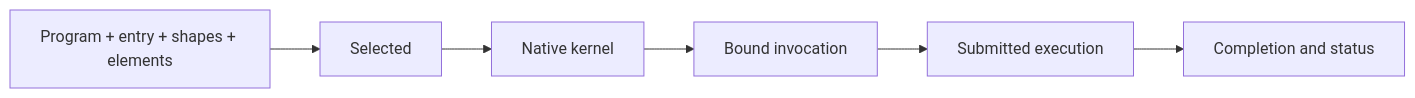
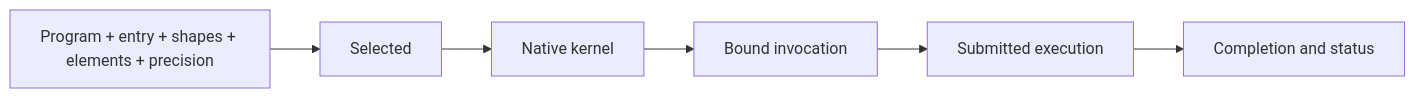
The diagram in inference-v4/docs/seismic/runtime.md (magnitudedev/magnitude), drawn with Mermaid before and after one commit. The commit also changed other lines of this file and 55 other files, not shown here.

````diff
--- a/inference-v4/docs/seismic/runtime.md
+++ b/inference-v4/docs/seismic/runtime.md
@@ -41,8 +43,8 @@
 ```mermaid
 flowchart LR
-    P[Program + entry + shapes + elements] --> S[Selected]
+    P[Program + entry + shapes + elements + precision] --> S[Selected]
     S --> N[Native kernel]
     N --> B[Bound invocation]
     B --> X[Submitted execution]
     X --> D[Completion and status]
 ```
````
